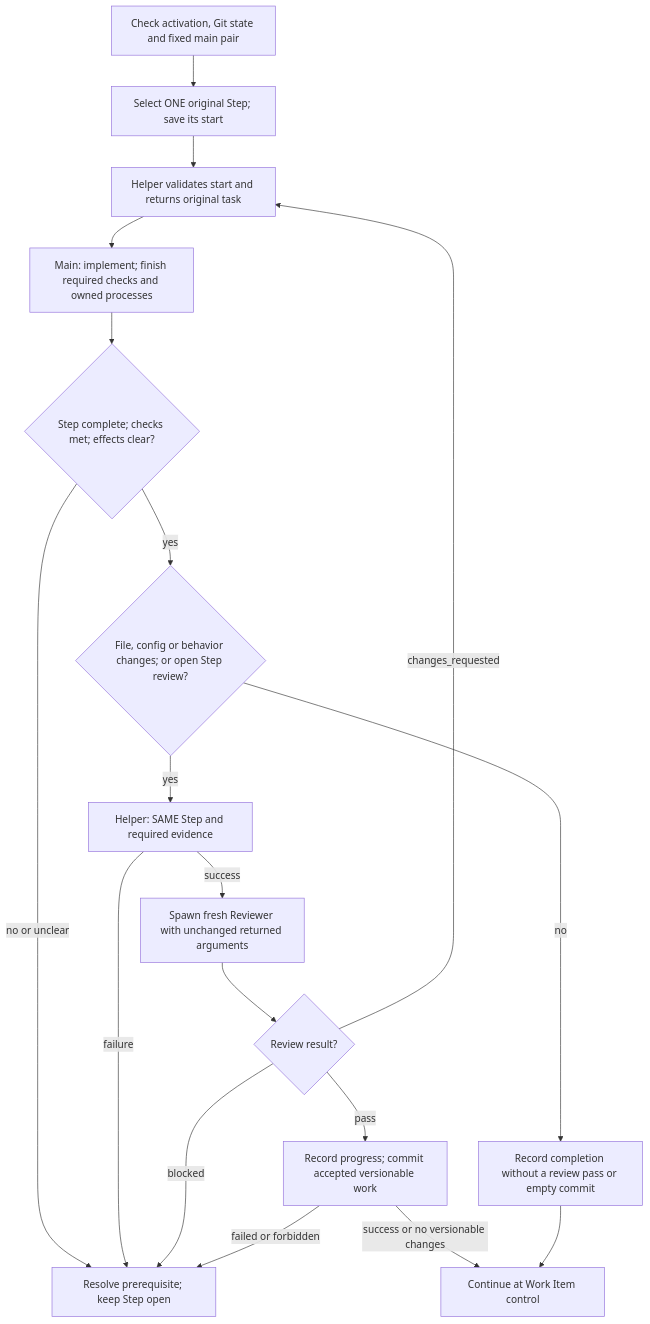
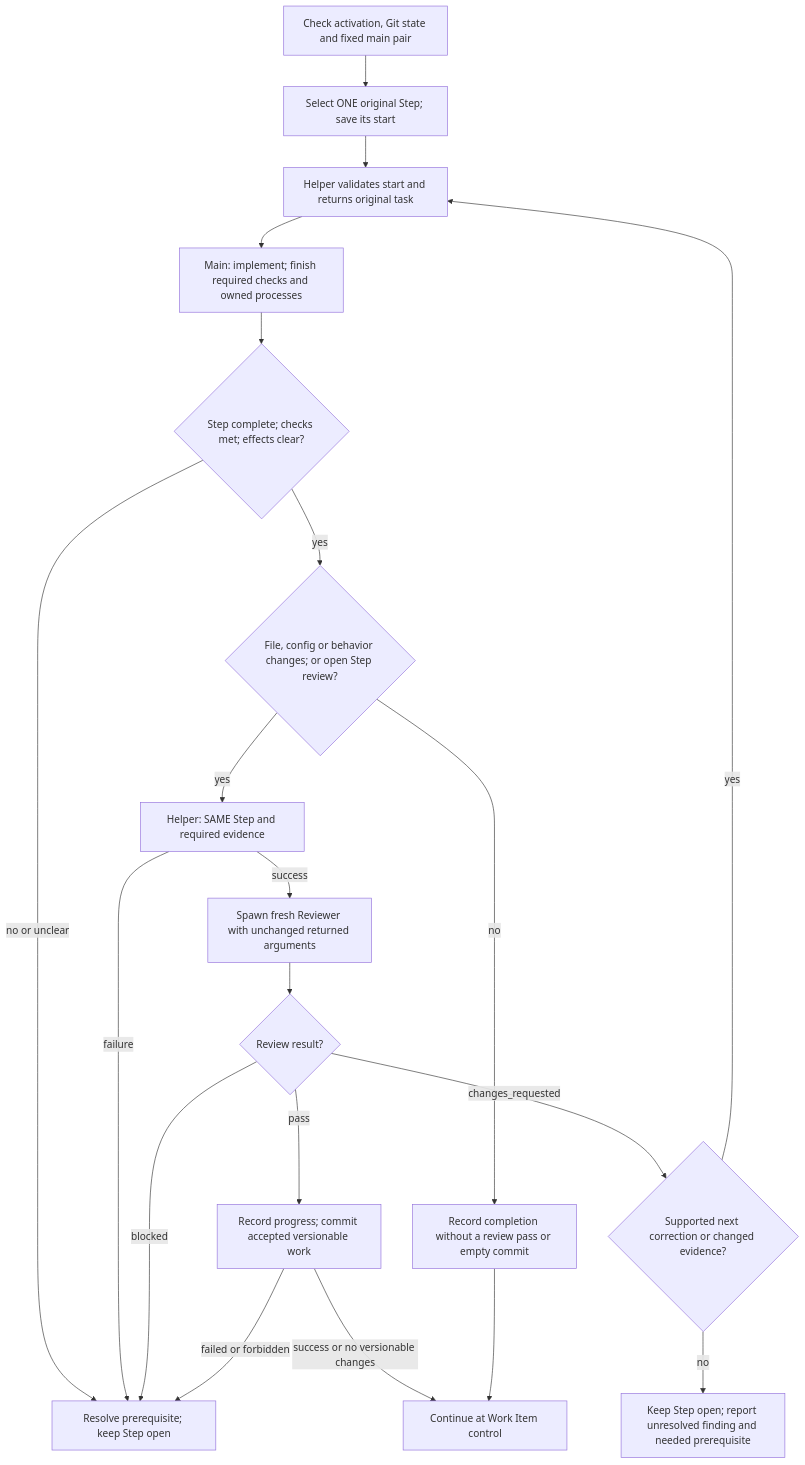
The first of 2 diagrams in packages/scoville-workflow-for-codex/scoville-workflow-for-codex/SKILL.md (benjaminstelzer/scoville-suite-for-codex-mainloop), drawn with Mermaid before and after one commit. The commit also changed other lines of this file and 128 other files, not shown here.

````diff
--- a/packages/scoville-workflow-for-codex/scoville-workflow-for-codex/SKILL.md
+++ b/packages/scoville-workflow-for-codex/scoville-workflow-for-codex/SKILL.md
@@ -48,20 +48,22 @@
 ```mermaid
 flowchart TD
   ready["Check activation, Git state and fixed main pair"] --> select["Select ONE original Step; save its start"]
   select --> original["Helper validates start and returns original task"]
   original --> code["Main: implement; finish required checks and owned processes"]
   code --> complete{"Step complete; checks met; effects clear?"}
   complete -->|no or unclear| blocked["Resolve prerequisite; keep Step open"]
   complete -->|yes| changes{"File, config or behavior changes; or open Step review?"}
   changes -->|no| unchanged["Record completion without a review pass or empty commit"]
   changes -->|yes| review["Helper: SAME Step and required evidence"]
   review -->|failure| blocked
   review -->|success| spawn["Spawn fresh Reviewer with unchanged returned arguments"]
   spawn --> result{"Review result?"}
-  result -->|changes_requested| original
+  result -->|changes_requested| approach{"Supported next correction or changed evidence?"}
+  approach -->|yes| original
+  approach -->|no| stalled["Keep Step open; report unresolved finding and needed prerequisite"]
   result -->|blocked| blocked
   result -->|pass| commit["Record progress; commit accepted versionable work"]
   commit -->|failed or forbidden| blocked
   commit -->|success or no versionable changes| accepted["Continue at Work Item control"]
   unchanged --> accepted
 ```
````
